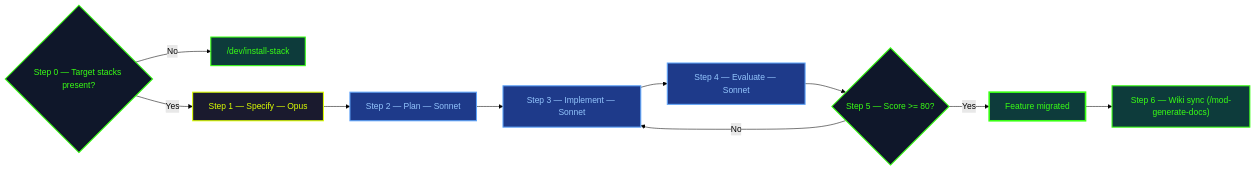
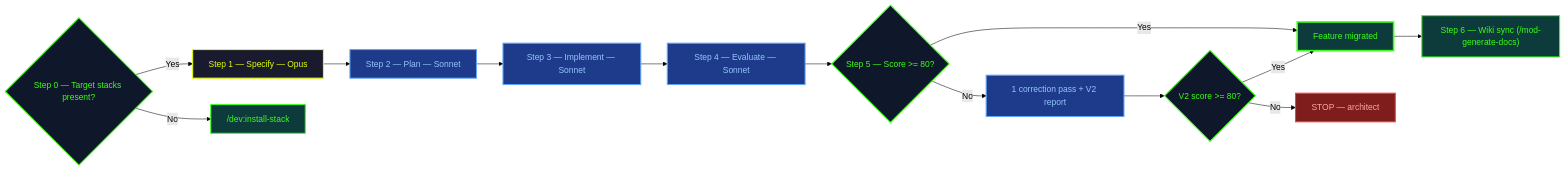
The seventh of 15 diagrams in docs/en/guide/methodology.md (fondative/claude-code-ecosystem), drawn with Mermaid (forest theme) before and after one commit. The commit also changed other lines of this file and 395 other files, not shown here.

````diff
--- a/docs/en/guide/methodology.md
+++ b/docs/en/guide/methodology.md
@@ -328,32 +398,40 @@
 ```mermaid
 graph LR
     Z{"Step 0 — Target stacks present?"}
-    INST["/dev/install-stack"]
+    INST["/dev:install-stack"]
     S["Step 1 — Specify — Opus"]
     P["Step 2 — Plan — Sonnet"]
     I["Step 3 — Implement — Sonnet"]
     C["Step 4 — Evaluate — Sonnet"]
     Q{"Step 5 — Score >= 80?"}
+    FX["1 correction pass + V2 report"]
+    Q2{"V2 score >= 80?"}
+    STOP["STOP — architect"]
     OK["Feature migrated"]
     W["Step 6 — Wiki sync (/mod-generate-docs)"]
 
     Z -->|Yes| S
     Z -->|No| INST
     S --> P --> I --> C --> Q
     Q -->|Yes| OK
-    Q -->|No| I
+    Q -->|No| FX
+    FX --> Q2
+    Q2 -->|Yes| OK
+    Q2 -->|No| STOP
     OK --> W
 
     classDef opus fill:#1a1a2e,stroke:#ddff00,stroke-width:2px,color:#ddff00
     classDef sonnet fill:#1e3a8a,stroke:#60a5fa,stroke-width:2px,color:#93c5fd
     classDef check fill:#0f172a,stroke:#39ff14,stroke-width:2px,color:#39ff14
     classDef done fill:#0d3b3b,stroke:#39ff14,stroke-width:3px,color:#39ff14
 
     classDef cmd fill:#0d3b3b,stroke:#39ff14,stroke-width:2px,color:#39ff14
+    classDef stop fill:#7f1d1d,stroke:#ef4444,stroke-width:2px,color:#fca5a5
 
     class S opus
-    class P,I,C sonnet
-    class Z,Q check
+    class P,I,C,FX sonnet
+    class Z,Q,Q2 check
     class OK done
     class INST,W cmd
+    class STOP stop
 ```
````
